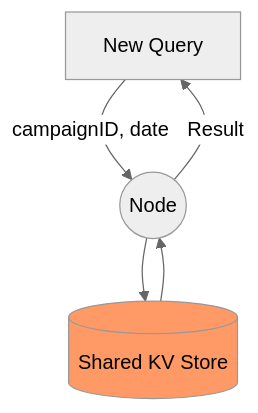
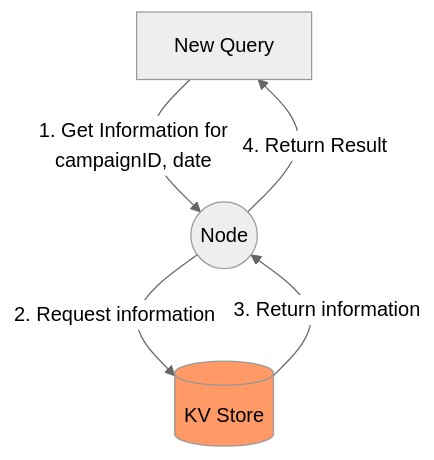
The fifth of 8 diagrams in README.md (L0Lmaker/DistributedSemanticAnalysis), drawn with Mermaid (neutral theme) before and after one commit. The commit also changed other lines of this file, not shown here.

````diff
--- a/README.md
+++ b/README.md
@@ -194,13 +296,13 @@
 ```mermaid
 flowchart TD
     QI[New Query]
     ND((Node))
     
-    QI --> |campaignID, date| ND
-    ND --> SharedKV[(Shared KV Store)]
-    SharedKV[(Shared KV Store)] --> ND
-    ND --> |Result| QI
+    QI --> |1. Get Information for <br/> campaignID, date| ND
+    ND --> |2. Request information| SharedKV[(Shared KV Store)]
+    SharedKV[(KV Store)] --> |3. Return information| ND
+    ND --> |4. Return Result| QI
     
     classDef kvstore fill:#f96;
     class SharedKV kvstore;
 ```
````
